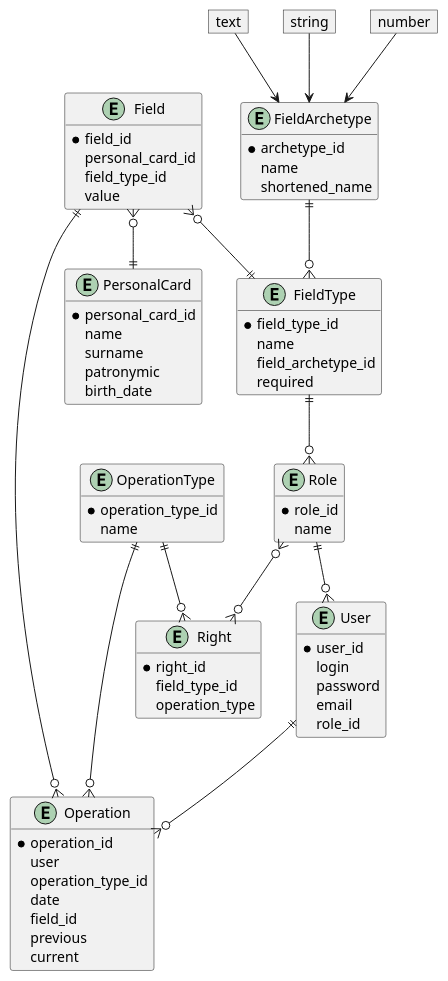
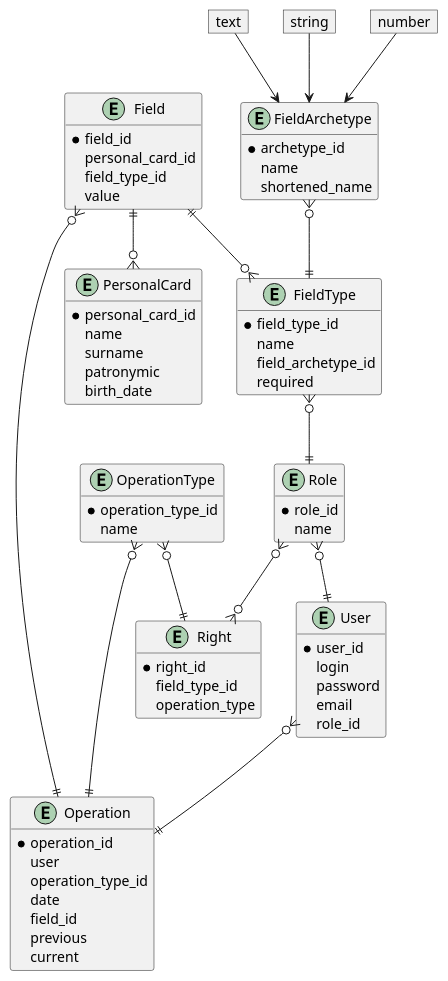
Before and after one commit to okorienev/db_proj: the diagram in er_diagram.puml, drawn with PlantUML. The commit also changed 13 other files, not shown here.

```diff
--- a/er_diagram.puml
+++ b/er_diagram.puml
@@ -1,102 +1,118 @@
 @startuml
 
 hide empty members
 
 entity User{
     *user_id
     login
     password
     email
     role_id
 }
 
 entity FieldType{
     *field_type_id
     name
     field_archetype_id
     required
 }
 
 entity FieldArchetype{
     *archetype_id
     name
     shortened_name
 }
 object text
 object string
 object number
 
 entity Field{
     *field_id
     personal_card_id
     field_type_id
     value
 }
 
 entity Role{
     *role_id
     name
 }
 
 'entity BaseOperation{
 '    *bopt_id
 '    user
 '    personal_card
 '    p_name
 '    p_surname
 '    p_patronymic
 '    p_date_of_birth
 '    c_name
 '    c_surname
 '    c_patronymic
 '    c_date_of_birth
 '}
 
 entity Right{
     *right_id
     field_type_id
     operation_type
 }
 entity OperationType{
     *operation_type_id
     name
 }
 
 entity Operation{
     *operation_id
     user
     operation_type_id
     date
     field_id
     previous
     current
 }
 
 entity PersonalCard{
     *personal_card_id
     name
     surname
     patronymic
     birth_date
 }
 
 
 'relation start'
-    Field }o--|| FieldType
-    Role ||--o{ User
-    FieldArchetype ||--o{ FieldType
-    Role }o--o{ Right
-    FieldType ||--o{ Role
-    OperationType ||--o{ Right
-    OperationType ||--o{ Operation
-    Field ||--o{ Operation
+'    Field }o--|| FieldType
+'    Role ||--o{ User
+'    FieldArchetype ||--o{ FieldType
+'    Role }o--o{ Right
+'    FieldType ||--o{ Role
+'    OperationType ||--o{ Right
+'    OperationType ||--o{ Operation
+'    Field ||--o{ Operation
 '    PersonalCard ||--o{ BaseOperation
 '    User ||---o{ BaseOperation
-    User ||--o{ Operation
+'    User ||--o{ Operation
+'    text --> FieldArchetype
+'    string --> FieldArchetype
+'    number --> FieldArchetype
+'    Field }o--|| PersonalCard
+
+    Field ||--o{ FieldType
+    Role }o--|| User
+    FieldArchetype }o--|| FieldType
+    Role }o--o{ Right
+    FieldType }o--|| Role
+    OperationType }o--|| Right
+    OperationType }o--|| Operation
+    Field }o--|| Operation
+'    PersonalCard }o--|| BaseOperation
+'    User |}o--|| BaseOperation
+    User }o--|| Operation
     text --> FieldArchetype
     string --> FieldArchetype
     number --> FieldArchetype
-    Field }o--|| PersonalCard
+    Field ||--o{ PersonalCard
 
 'relation end'
 @enduml
```
